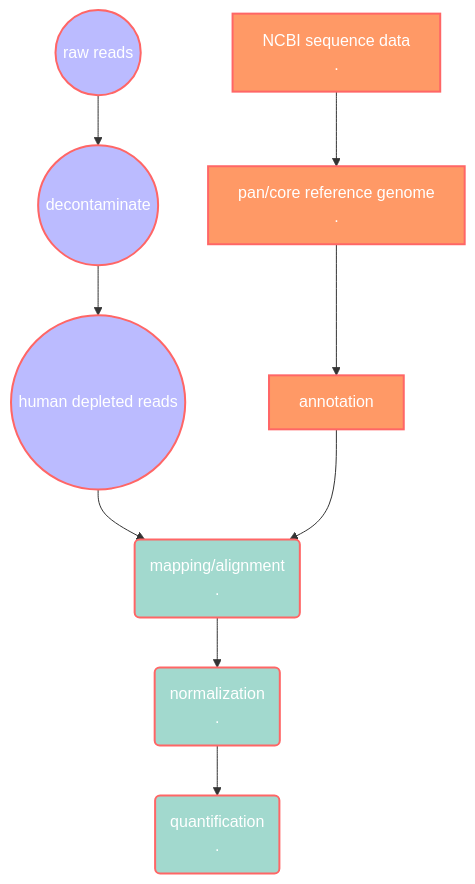
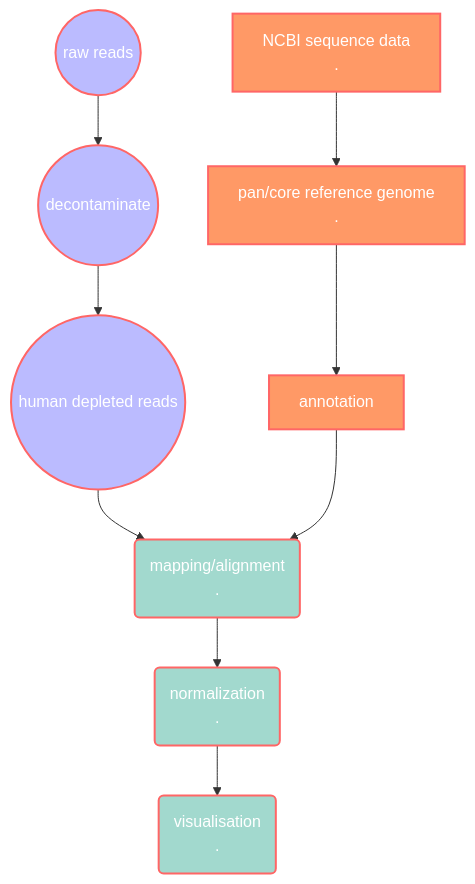
The diagram in README.md (suu-yi/bioinfo_proj), drawn with Mermaid before and after one commit. The commit also changed other lines of this file, not shown here.

````diff
--- a/README.md
+++ b/README.md
@@ -6,14 +6,14 @@
 ```mermaid
 graph TD
         id3[NCBI sequence data\n.] --> id4[pan/core reference genome\n.]
         id4 --> id5[annotation]
   id0((raw reads)) --> id1((decontaminate))
         id1 --> id2((human depleted reads))
-        id2 & id5 --> id6(mapping/alignment\n.) --> id7(normalization\n.) --> id8(quantification\n.)
+        id2 & id5 --> id6(mapping/alignment\n.) --> id7(normalization\n.) --> id8(visualisation\n.)
 
 classDef default fill:#bbf,stroke:#f66,stroke-width:2px,color:#fff;
 classDef ref fill:#f96;
 classDef de fill:#A2D9CE;
 class id3,id4,id5 ref;
 class id6,id7,id8 de;
 ```
````
